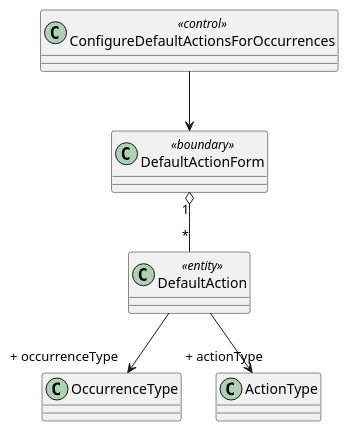
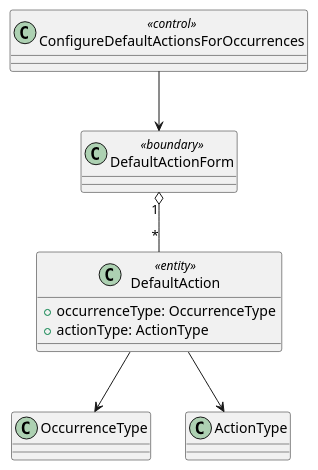
One commit to bmb0136/COMP-3700-Project changed the second of 2 diagrams in Use Cases/ConfigureDefaultActionsForOccurrences.iuml. Above: the diagram before and after it, drawn with PlantUML. The commit also changed 1 other file, not shown here.

```diff
--- a/Use Cases/ConfigureDefaultActionsForOccurrences.iuml
+++ b/Use Cases/ConfigureDefaultActionsForOccurrences.iuml
@@ -34,9 +34,12 @@
 @startuml Configure Default Actions for Occurrences Object Model
 class ConfigureDefaultActionsForOccurrences <<control>> {}
 class DefaultActionForm <<boundary>> {}
 ConfigureDefaultActionsForOccurrences --> DefaultActionForm
-class DefaultAction <<entity>> {}
+class DefaultAction <<entity>> {
+  + occurrenceType: OccurrenceType
+  + actionType: ActionType
+}
 DefaultActionForm "1" o-- "*" DefaultAction
-DefaultAction --> "+ occurrenceType" OccurrenceType
-DefaultAction --> "+ actionType" ActionType
+DefaultAction --> OccurrenceType
+DefaultAction --> ActionType
 @enduml
```
